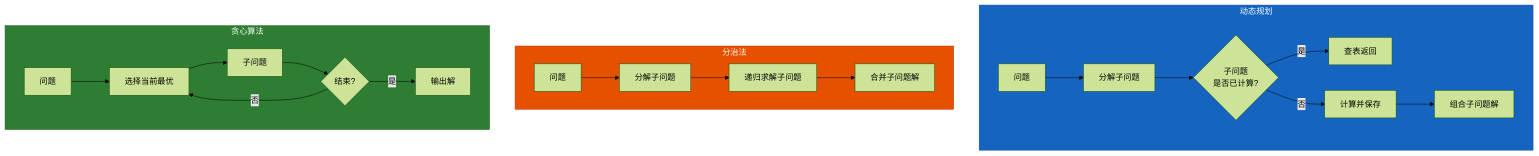
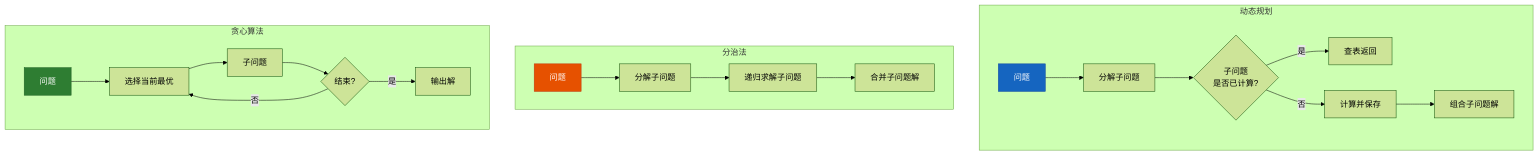
The first of 13 diagrams in 计算机基础/算法/数据结构与算法/10_动态规划.md (dd-xiaozhi/study-notes), drawn with Mermaid (forest theme) before and after one commit. The commit also changed other lines of this file and 84 other files, not shown here.

````diff
--- a/计算机基础/算法/数据结构与算法/10_动态规划.md
+++ b/计算机基础/算法/数据结构与算法/10_动态规划.md
@@ -38,28 +38,28 @@
 ```mermaid
 flowchart TB
-    subgraph DP["动态规划"]
+    subgraph 动态规划
         A1[问题] --> B1[分解子问题]
         B1 --> C1{子问题<br/>是否已计算?}
         C1 -->|是| D1[查表返回]
         C1 -->|否| E1[计算并保存]
         E1 --> F1[组合子问题解]
     end
 
-    subgraph Divide["分治法"]
+    subgraph 分治法
         A2[问题] --> B2[分解子问题]
         B2 --> C2[递归求解子问题]
         C2 --> D2[合并子问题解]
     end
 
-    subgraph Greedy["贪心算法"]
+    subgraph 贪心算法
         A3[问题] --> B3[选择当前最优]
         B3 --> C3[子问题]
         C3 --> D3{结束?}
         D3 -->|否| B3
         D3 -->|是| E3[输出解]
     end
 
-    style DP fill:#1565c0,stroke:#0d47a1,color:#ffffff
-    style Divide fill:#e65100,stroke:#bf360c,color:#ffffff
-    style Greedy fill:#2e7d32,stroke:#1b5e20,color:#ffffff
+    style A1 fill:#1565c0,stroke:#0d47a1,color:#ffffff
+    style A2 fill:#e65100,stroke:#bf360c,color:#ffffff
+    style A3 fill:#2e7d32,stroke:#1b5e20,color:#ffffff
 ```
````
